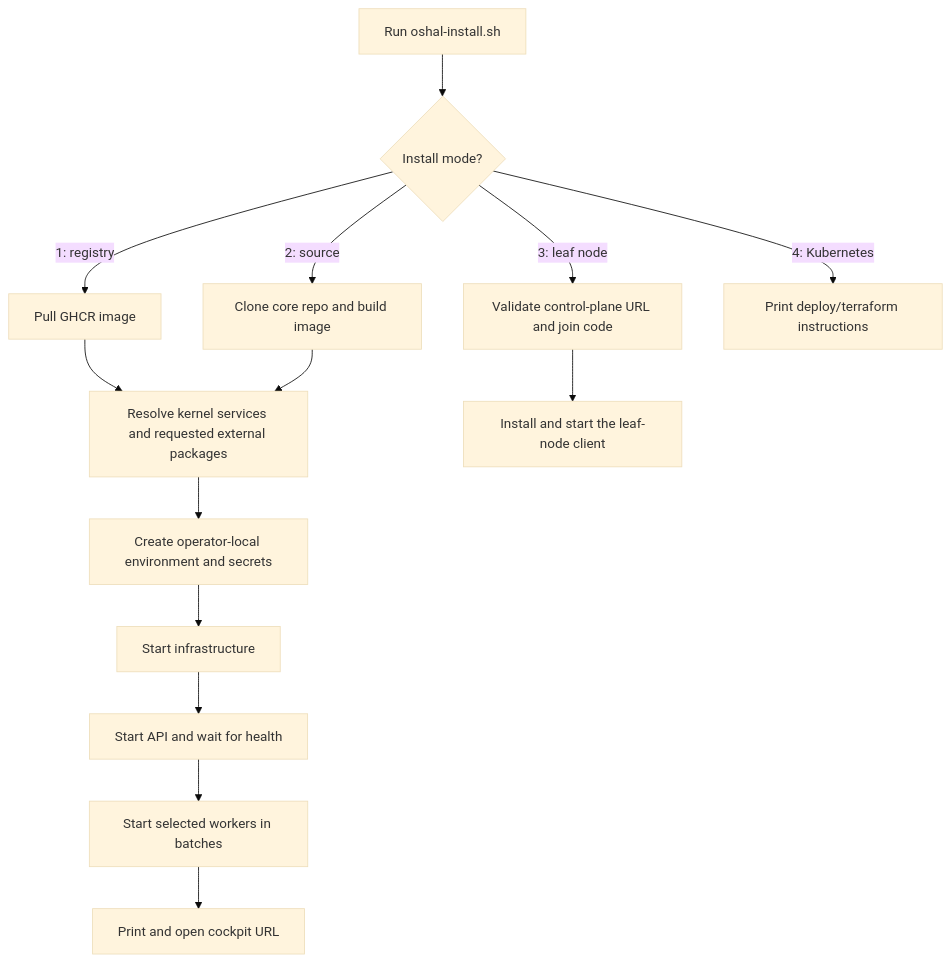
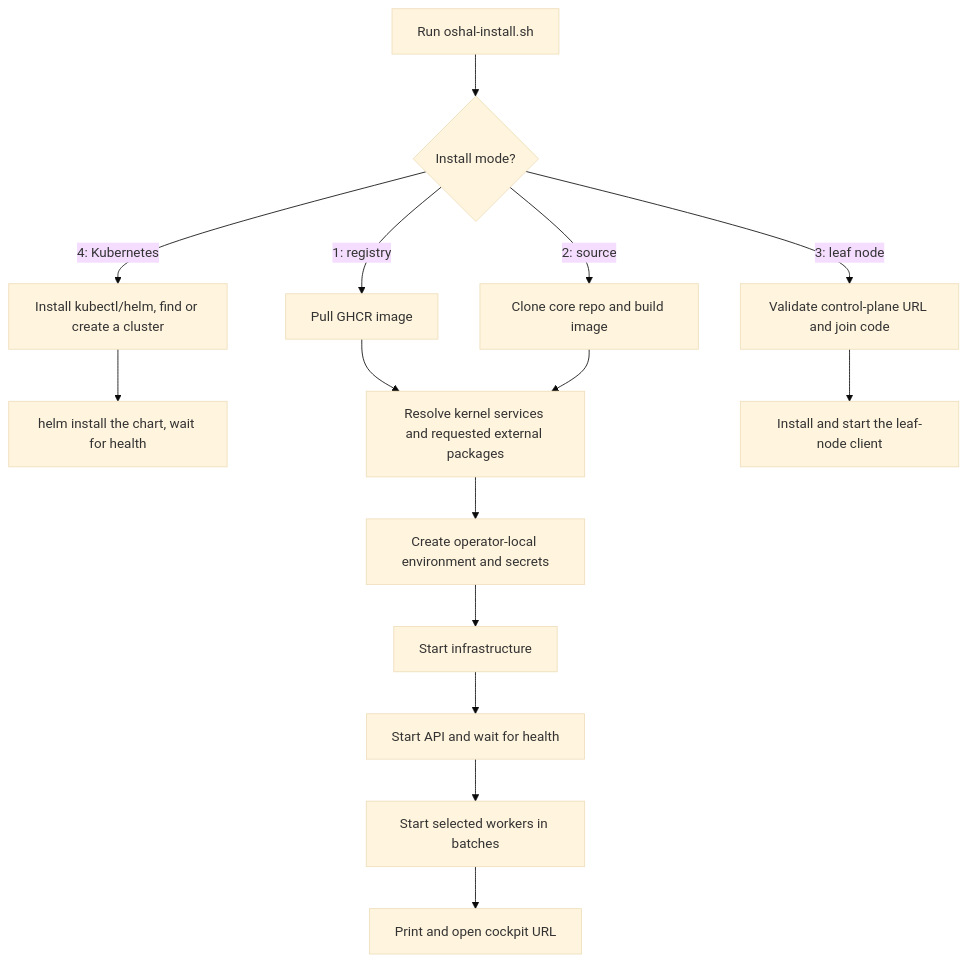
Before and after one commit to emeraldcoastsystemsgroup/oshal: the first of 4 diagrams in INSTALL.md, drawn with Mermaid (base theme). The commit also changed other lines of this file and 6 other files, not shown here.

````diff
--- a/INSTALL.md
+++ b/INSTALL.md
@@ -31,16 +31,17 @@
 ```mermaid
 flowchart TD
     Start["Run oshal-install.sh"] --> Mode{"Install mode?"}
     Mode -->|"1: registry"| Pull["Pull GHCR image"]
     Mode -->|"2: source"| Build["Clone core repo and build image"]
     Mode -->|"3: leaf node"| Join["Validate control-plane URL and join code"]
-    Mode -->|"4: Kubernetes"| K8s["Print deploy/terraform instructions"]
+    Mode -->|"4: Kubernetes"| K8s["Install kubectl/helm, find or create a cluster"]
+    K8s --> Helm["helm install the chart, wait for health"]
     Pull --> Resolve["Resolve kernel services and requested external packages"]
     Build --> Resolve
     Resolve --> Secrets["Create operator-local environment and secrets"]
     Secrets --> Infra["Start infrastructure"]
     Infra --> API["Start API and wait for health"]
     API --> Workers["Start selected workers in batches"]
     Workers --> Cockpit["Print and open cockpit URL"]
     Join --> Leaf["Install and start the leaf-node client"]
 ```
````
